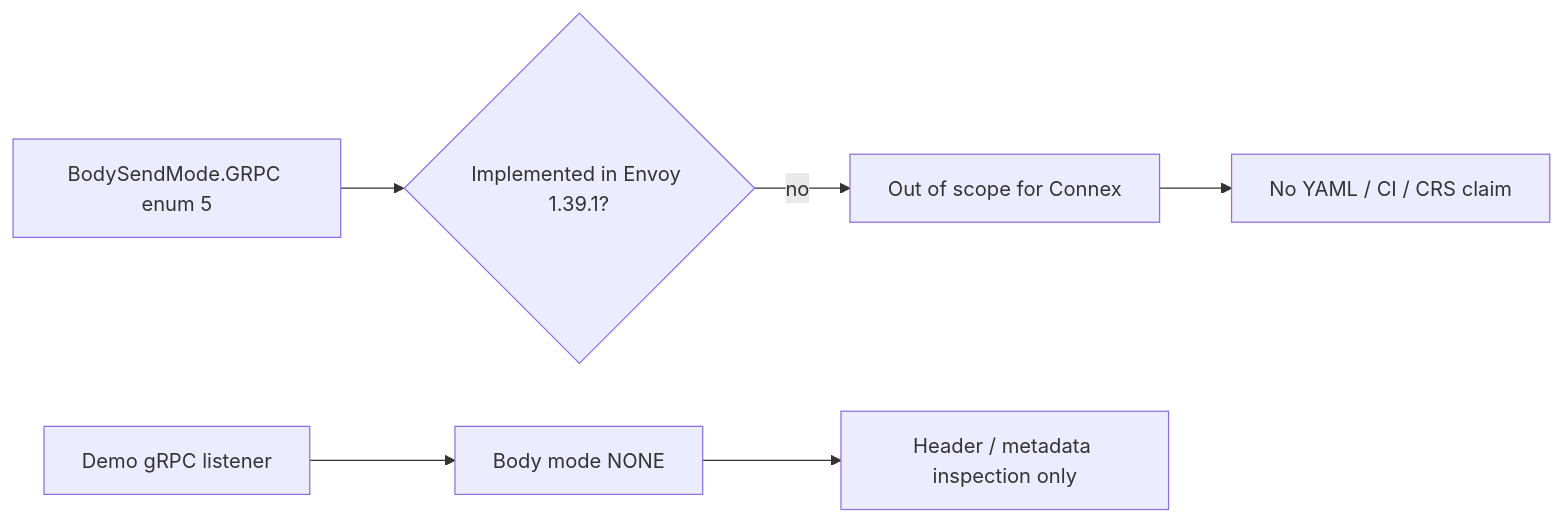
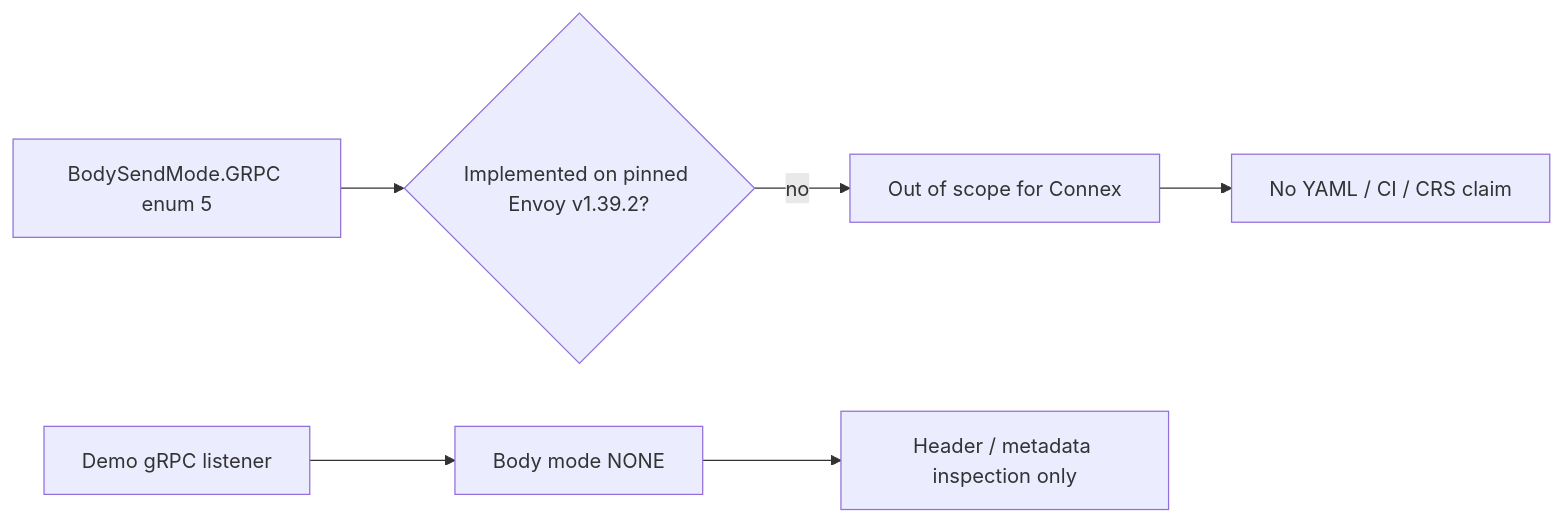
One commit to etiennemunnich/modsec-envoy-connector changed the diagram in docs/modes/grpc.md. Above: the diagram before and after it, drawn with Mermaid. The commit also changed other lines of this file and 12 other files, not shown here.

````diff
--- a/docs/modes/grpc.md
+++ b/docs/modes/grpc.md
@@ -25,8 +25,8 @@
 ```mermaid
 flowchart LR
-  A[BodySendMode.GRPC enum 5] --> B{Implemented in Envoy 1.39.1?}
+  A[BodySendMode.GRPC enum 5] --> B{Implemented on pinned Envoy v1.39.2?}
   B -->|no| C[Out of scope for Connex]
   C --> D[No YAML / CI / CRS claim]
   E[Demo gRPC listener] --> F[Body mode NONE]
   F --> G[Header / metadata inspection only]
 ```
````
